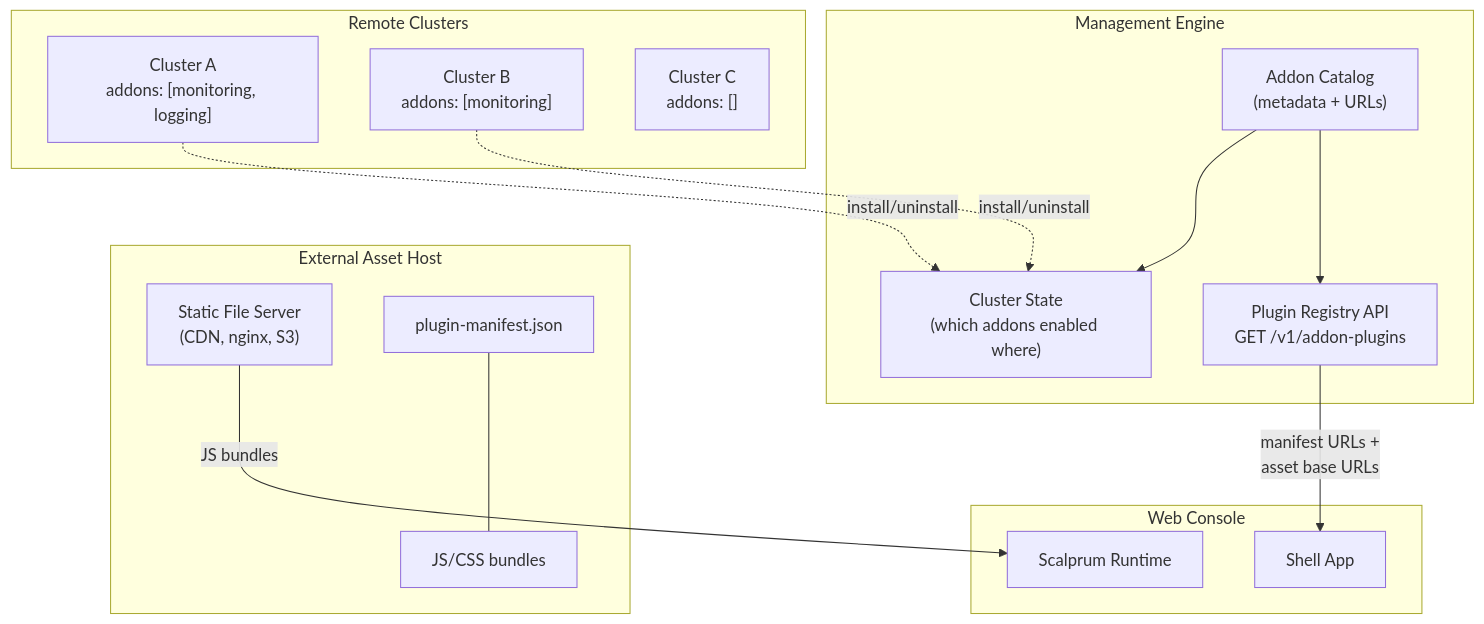
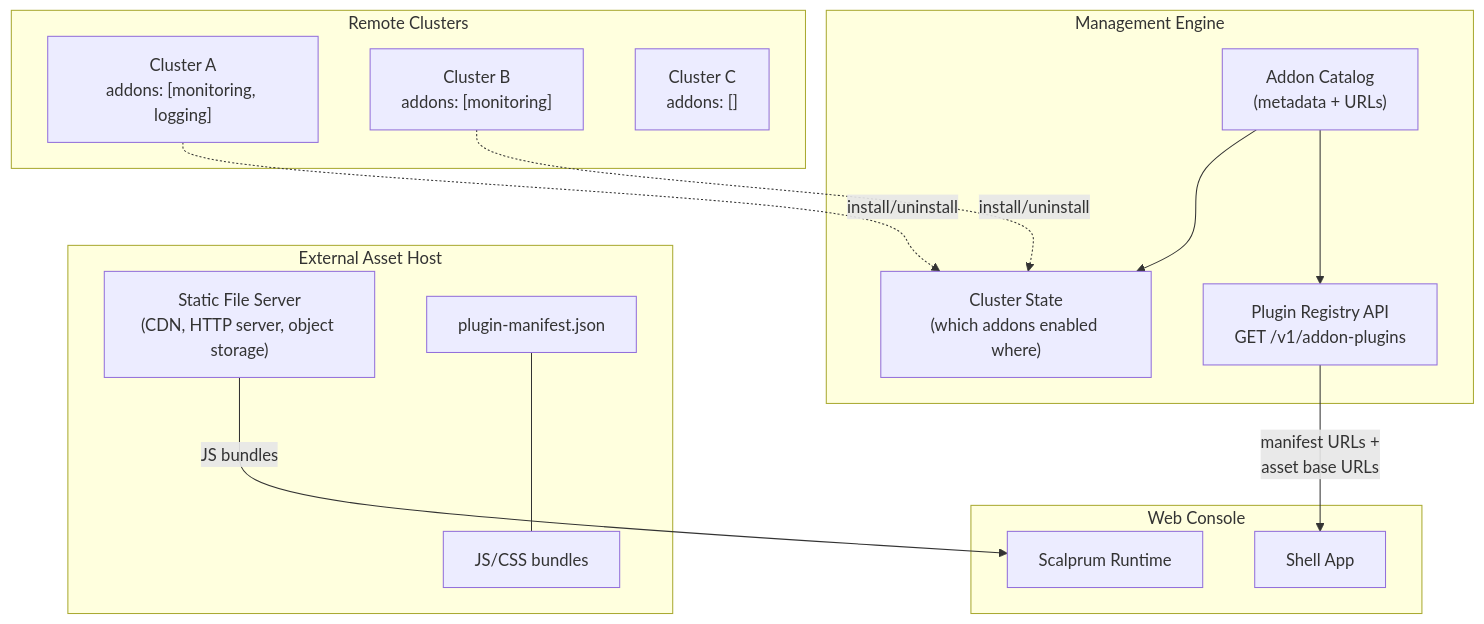
One commit to fleetshift/fleetshift-poc changed the second of 11 diagrams in docs/design/addon-ui-architecture.md. Above: the diagram before and after it, drawn with Mermaid. The commit also changed other lines of this file and 8 other files, not shown here.

````diff
--- a/docs/design/addon-ui-architecture.md
+++ b/docs/design/addon-ui-architecture.md
@@ -190,35 +190,35 @@
 ```mermaid
 graph TD
     subgraph Engine["Management Engine"]
         CAT["Addon Catalog<br/>(metadata + URLs)"]
         STATE["Cluster State<br/>(which addons enabled where)"]
         API["Plugin Registry API<br/>GET /v1/addon-plugins"]
 
         CAT --> STATE
         CAT --> API
     end
 
     subgraph AssetHost["External Asset Host"]
-        CDN["Static File Server<br/>(CDN, nginx, S3)"]
+        CDN["Static File Server<br/>(CDN, HTTP server, object storage)"]
         MANIFEST["plugin-manifest.json"]
         JS["JS/CSS bundles"]
 
         MANIFEST --- JS
     end
 
     subgraph Clusters["Remote Clusters"]
         C1["Cluster A<br/>addons: [monitoring, logging]"]
         C2["Cluster B<br/>addons: [monitoring]"]
         C3["Cluster C<br/>addons: []"]
     end
 
     subgraph Browser["Web Console"]
         SHELL["Shell App"]
         SCALPRUM["Scalprum Runtime"]
     end
 
     API -->|"manifest URLs +<br/>asset base URLs"| SHELL
     CDN -->|"JS bundles"| SCALPRUM
     C1 -.->|"install/uninstall"| STATE
     C2 -.->|"install/uninstall"| STATE
 ```
````
